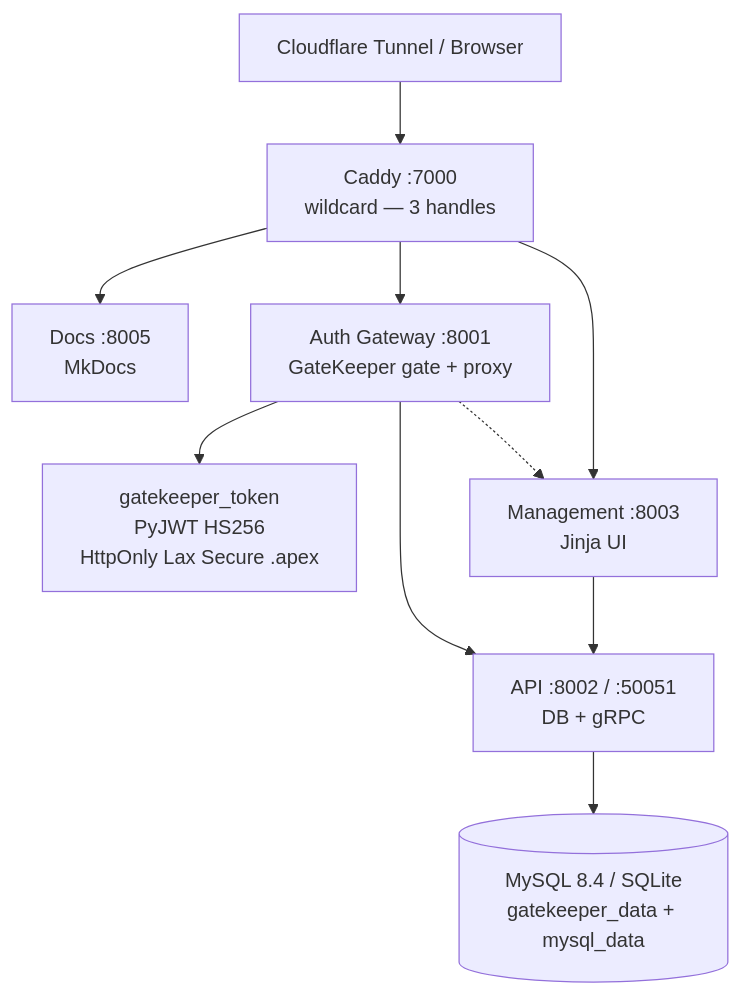
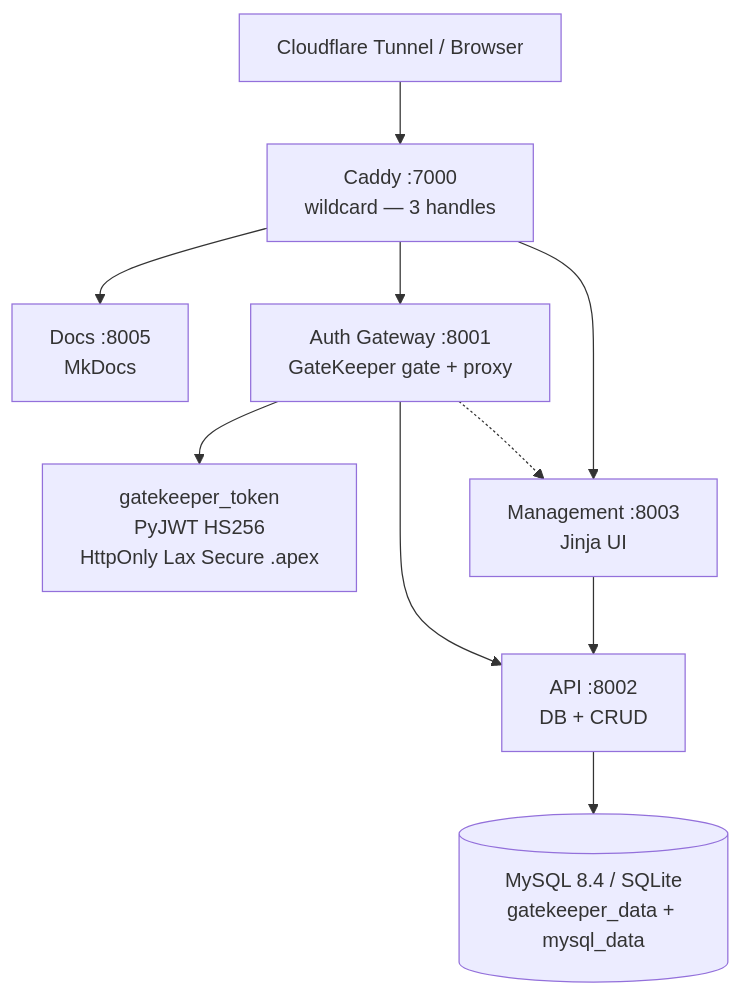
One commit to NovaProtocol/GateKeeper changed the diagram in documentation/docs/index.md. Above: the diagram before and after it, drawn with Mermaid. The commit also changed other lines of this file and 3 other files, not shown here.

````diff
--- a/documentation/docs/index.md
+++ b/documentation/docs/index.md
@@ -20,12 +20,12 @@
 ```mermaid
 graph TB
  TUN["Cloudflare Tunnel / Browser"] --> CADDY["Caddy :7000<br/>wildcard — 3 handles"]
  CADDY --> DOC["Docs :8005<br/>MkDocs"]
  CADDY --> AUTH["Auth Gateway :8001<br/>GateKeeper gate + proxy"]
  CADDY --> MGMT["Management :8003<br/>Jinja UI"]
  AUTH --> COOKIE["gatekeeper_token<br/>PyJWT HS256<br/>HttpOnly Lax Secure .apex"]
- AUTH --> API["API :8002 / :50051<br/>DB + gRPC"]
+ AUTH --> API["API :8002<br/>DB + CRUD"]
  MGMT --> API
  AUTH -.-> MGMT
  API --> DB[("MySQL 8.4 / SQLite<br/>gatekeeper_data + mysql_data")]
 ```
````
